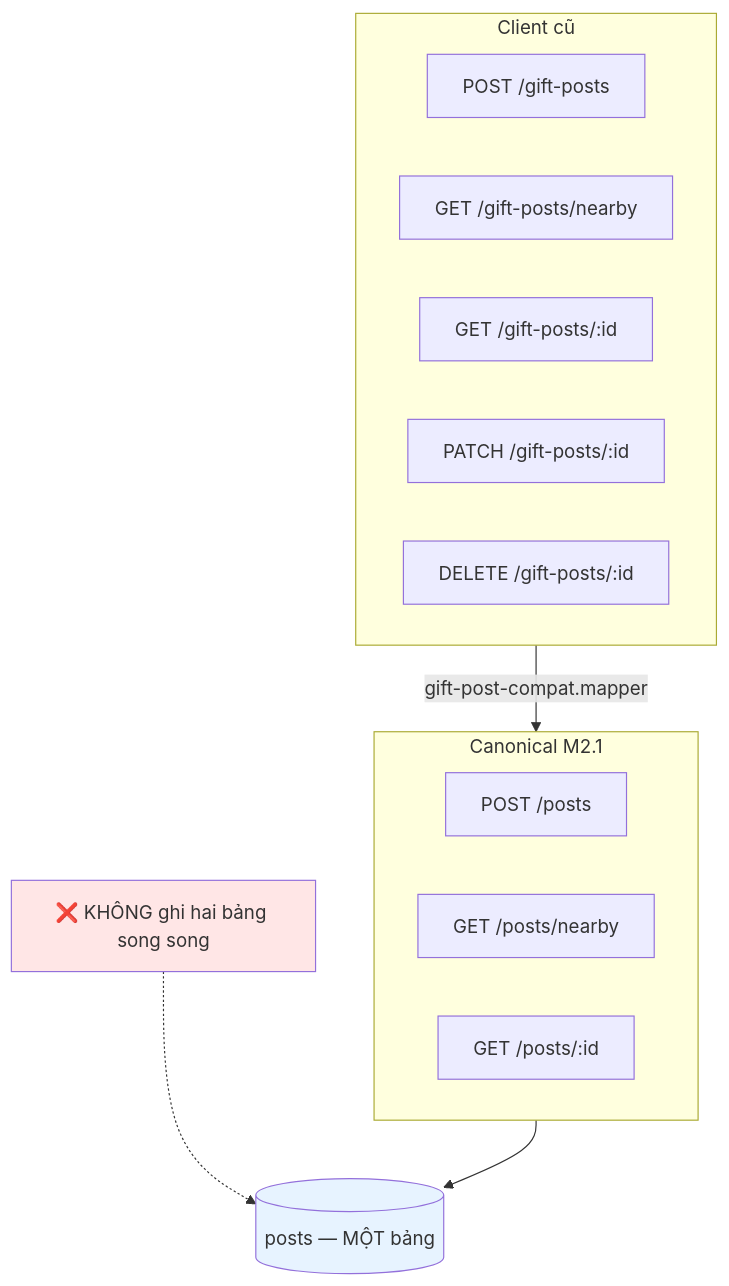
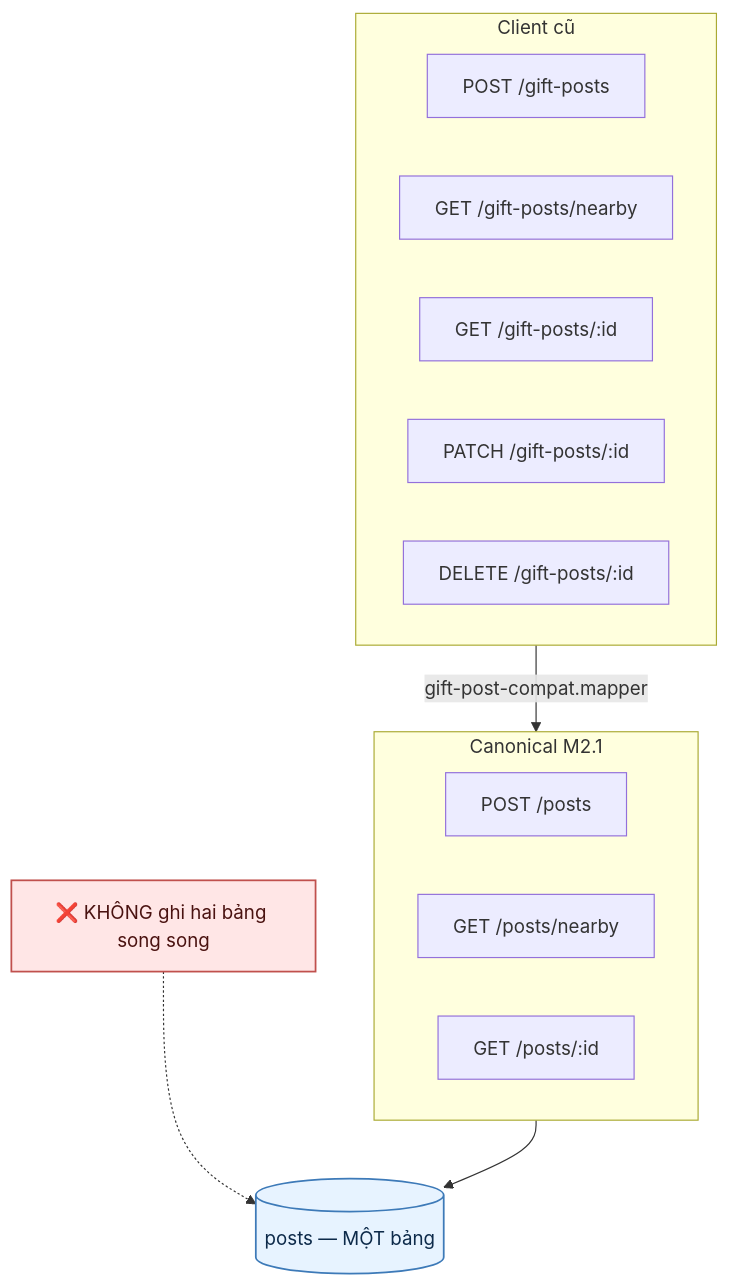
One commit to fdshn/trueheart changed the fourth of 5 diagrams in docs/diagram/25-location-privacy.md. Above: the diagram before and after it, drawn with Mermaid. The commit also changed other lines of this file and 30 other files, not shown here.

First line of the commit message:
docs(diagram): chữ trong khối tô màu đọc được ở cả giao diện sáng và tối

````diff
--- a/docs/diagram/25-location-privacy.md
+++ b/docs/diagram/25-location-privacy.md
@@ -65,23 +65,23 @@
 ```mermaid
 flowchart TD
     subgraph Cũ["Client cũ"]
         A1["POST /gift-posts"]
         A2["GET /gift-posts/nearby"]
         A3["GET /gift-posts/:id"]
         A4["PATCH /gift-posts/:id"]
         A5["DELETE /gift-posts/:id"]
     end
     subgraph Mới["Canonical M2.1"]
         B1["POST /posts"]
         B2["GET /posts/nearby"]
         B3["GET /posts/:id"]
     end
 
     Cũ -->|gift-post-compat.mapper| Mới
     Mới --> C[(posts — MỘT bảng)]
 
     D["❌ KHÔNG ghi hai bảng song song"] -.-> C
 
-    style C fill:#e7f3ff
-    style D fill:#ffe6e6
+    style C fill:#e7f3ff,stroke:#3d7ab8,stroke-width:1.5px,color:#0d2a4a
+    style D fill:#ffe6e6,stroke:#c0504d,stroke-width:1.5px,color:#4a1210
 ```
````
